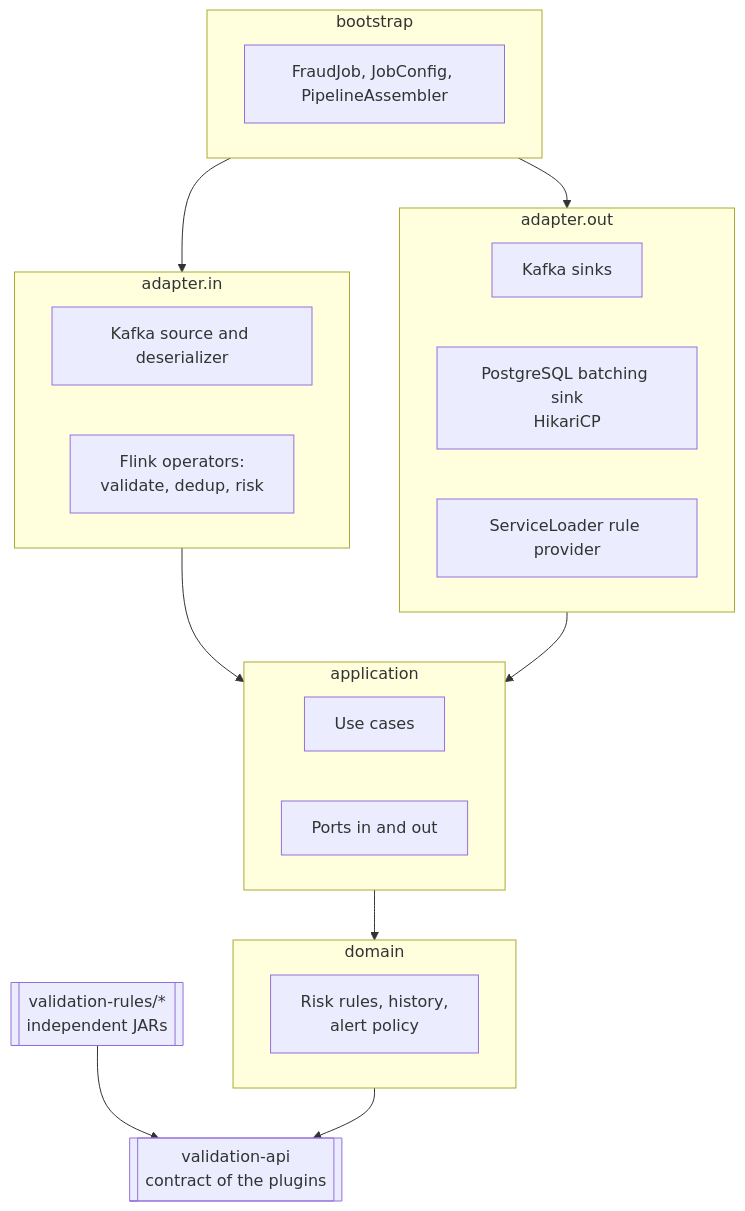
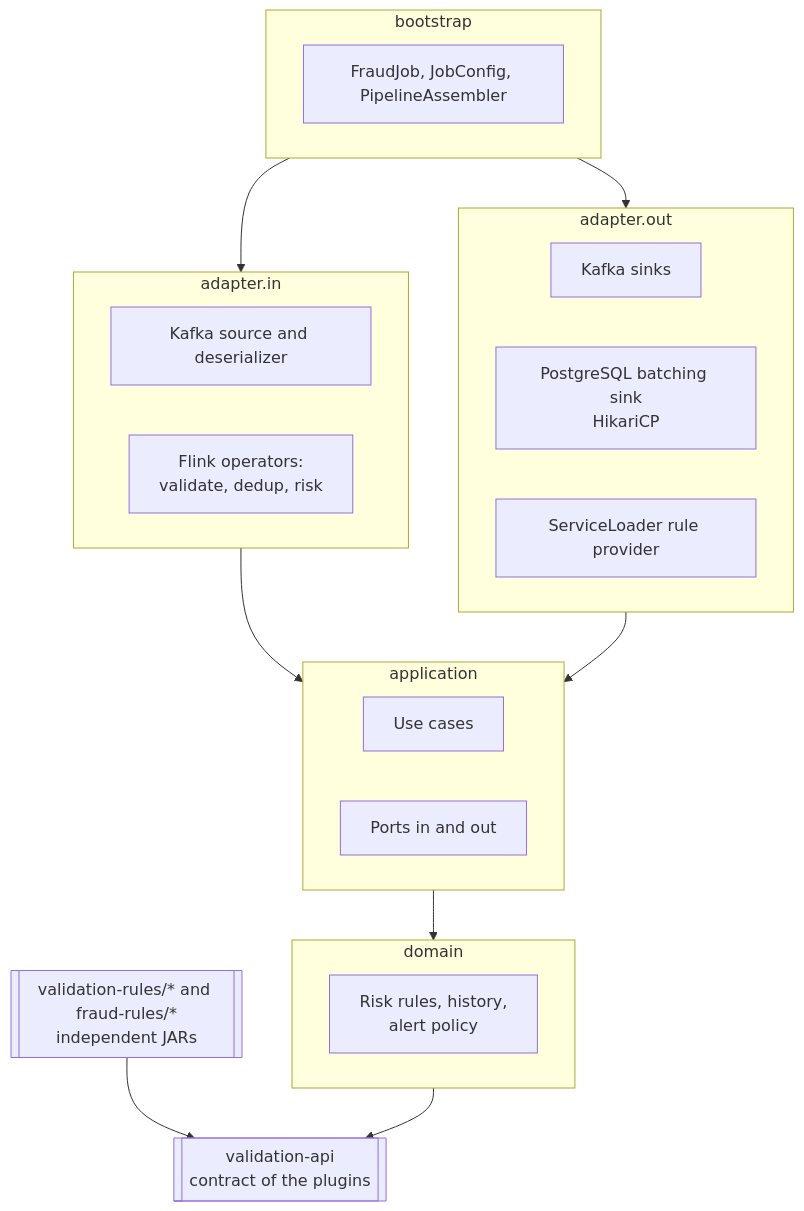
The second of 4 diagrams in README.md (jlmc/flink-realtime-fraud-detection), drawn with Mermaid before and after one commit. The commit also changed other lines of this file and 8 other files, not shown here.

First line of the commit message:
docs: document the fraud rules as plugins (ADR 0005)

````diff
--- a/README.md
+++ b/README.md
@@ -84,30 +84,30 @@
 ```mermaid
 flowchart TB
     subgraph BOOT[bootstrap]
         B[FraudJob, JobConfig, PipelineAssembler]
     end
     subgraph ADIN[adapter.in]
         A1[Kafka source and deserializer]
         A2[Flink operators:<br/>validate, dedup, risk]
     end
     subgraph ADOUT[adapter.out]
         O1[Kafka sinks]
         O2[PostgreSQL batching sink<br/>HikariCP]
         O3[ServiceLoader rule provider]
     end
     subgraph APP[application]
         U[Use cases]
         PORTS[Ports in and out]
     end
     subgraph DOM[domain]
         D[Risk rules, history,<br/>alert policy]
     end
     API[[validation-api<br/>contract of the plugins]]
 
     BOOT --> ADIN & ADOUT
     ADIN --> APP
     ADOUT --> APP
     APP --> DOM
     DOM --> API
-    RULES[[validation-rules/*<br/>independent JARs]] --> API
+    RULES[[validation-rules/* and fraud-rules/*<br/>independent JARs]] --> API
 ```
````
